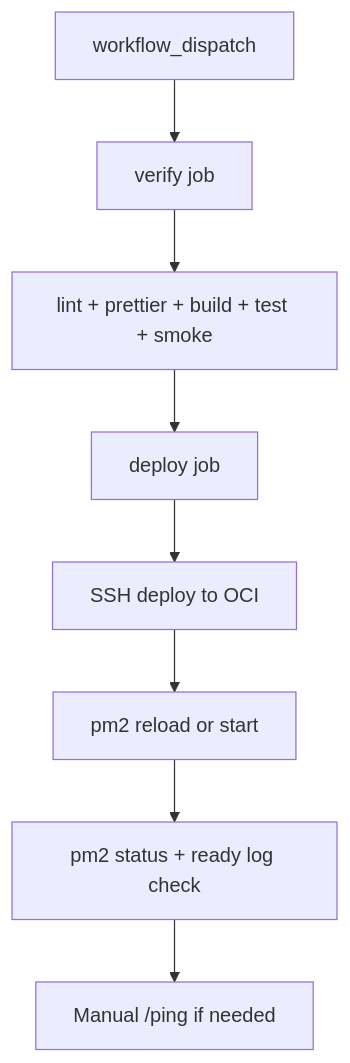
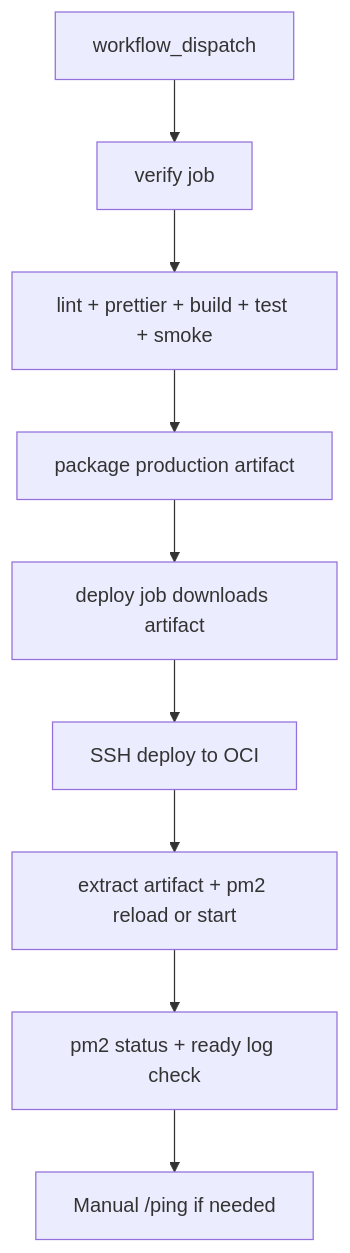
Before and after one commit to honki12345/haruharu-discord-bot: the diagram in docs/PROJECT.md, drawn with Mermaid. The commit also changed other lines of this file and 5 other files, not shown here.

Commit message:
feat: production artifact 배포로 전환 (#59)

````diff
--- a/docs/PROJECT.md
+++ b/docs/PROJECT.md
@@ -262,10 +262,11 @@
 ```mermaid
 flowchart TD
   A[workflow_dispatch] --> B[verify job]
   B --> C[lint + prettier + build + test + smoke]
-  C --> D[deploy job]
-  D --> E[SSH deploy to OCI]
-  E --> F[pm2 reload or start]
-  F --> G[pm2 status + ready log check]
-  G --> H[Manual /ping if needed]
+  C --> D[package production artifact]
+  D --> E[deploy job downloads artifact]
+  E --> F[SSH deploy to OCI]
+  F --> G[extract artifact + pm2 reload or start]
+  G --> H[pm2 status + ready log check]
+  H --> I[Manual /ping if needed]
 ```
````
